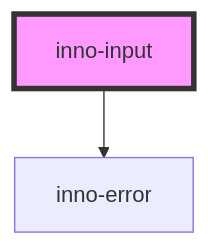
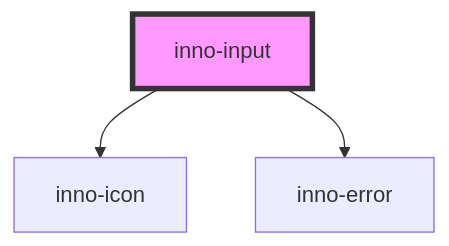
Before and after one commit to innomotics/brand-experience: the diagram in packages/webdocs/docs/components/inno-input/readme.md, drawn with Mermaid. The commit also changed other lines of this file and 9 other files, not shown here.

````diff
--- a/packages/webdocs/docs/components/inno-input/readme.md
+++ b/packages/webdocs/docs/components/inno-input/readme.md
@@ -112,5 +123,6 @@
 ```mermaid
 graph TD;
+  inno-input --> inno-icon
   inno-input --> inno-error
   style inno-input fill:#f9f,stroke:#333,stroke-width:4px
 ```
````
